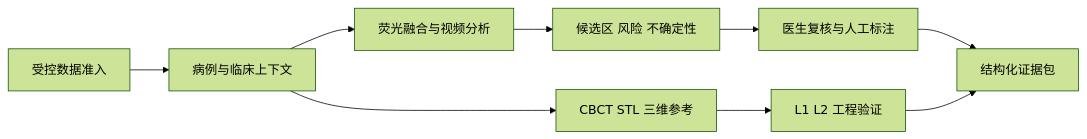
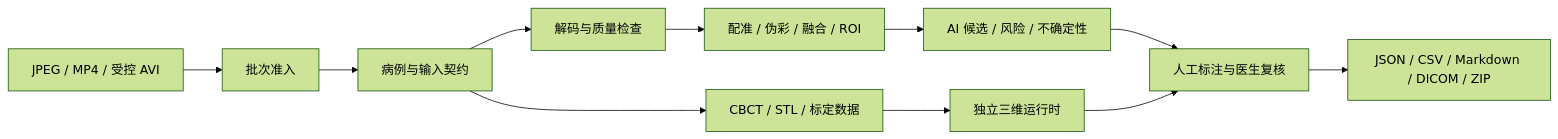
Before and after one commit to MakeBlackSheepGreat/osteo-vision: the diagram in README.md, drawn with Mermaid (forest theme). The commit also changed other lines of this file and 301 other files, not shown here.

````diff
--- a/README.md
+++ b/README.md
@@ -65,11 +66,13 @@
-```mermaid
+~~~mermaid
 flowchart LR
-    A[受控数据准入] --> B[病例与临床上下文]
-    B --> C[荧光融合与视频分析]
-    C --> D[候选区 风险 不确定性]
-    D --> E[医生复核与人工标注]
-    E --> F[结构化证据包]
-    B --> G[CBCT STL 三维参考]
-    G --> H[L1 L2 工程验证]
-    H --> F
-```
+    A[JPEG / MP4 / 受控 AVI] --> B[批次准入]
+    B --> C[病例与输入契约]
+    C --> D[解码与质量检查]
+    D --> E[配准 / 伪彩 / 融合 / ROI]
+    E --> F[AI 候选 / 风险 / 不确定性]
+    F --> G[人工标注与医生复核]
+    G --> H[JSON / CSV / Markdown / DICOM / ZIP]
+    C --> I[CBCT / STL / 标定数据]
+    I --> J[独立三维运行时]
+    J --> G
+~~~
````
